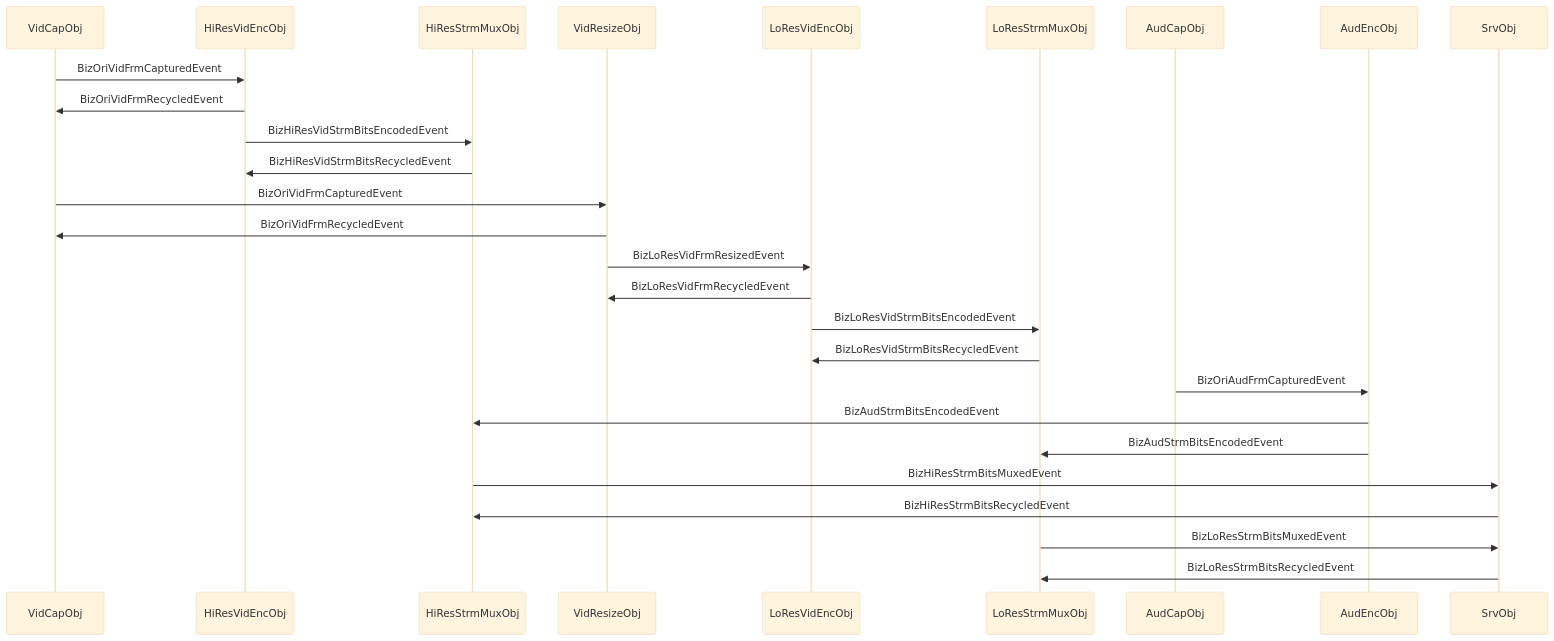
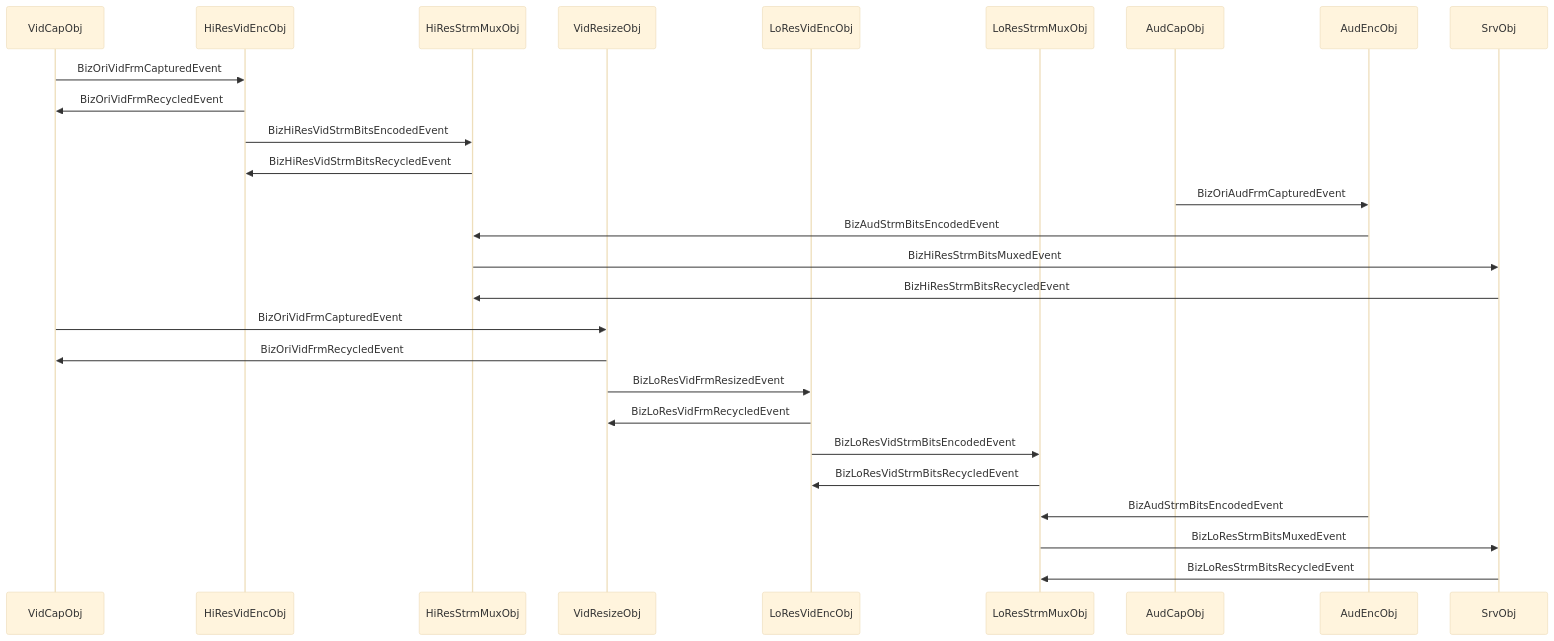
The third of 8 diagrams in Test/UT_ConlesEventDemoLiveCam.md (EnigmaWU/MyIOC_inTDD_withGHC), drawn with Mermaid (base theme) before and after one commit. The commit also changed other lines of this file, not shown here.

Commit message:
Refactoring UT_ConlesEventDemoLiveCam.md

````diff
--- a/Test/UT_ConlesEventDemoLiveCam.md
+++ b/Test/UT_ConlesEventDemoLiveCam.md
@@ -31,33 +33,37 @@
 ```mermaid
 sequenceDiagram
     participant VidCapObj
     participant HiResVidEncObj
     participant HiResStrmMuxObj
     participant VidResizeObj
     participant LoResVidEncObj
     participant LoResStrmMuxObj
     participant AudCapObj
     participant AudEncObj
     participant SrvObj
     VidCapObj->>HiResVidEncObj: BizOriVidFrmCapturedEvent
     HiResVidEncObj->>VidCapObj: BizOriVidFrmRecycledEvent
     HiResVidEncObj->>HiResStrmMuxObj: BizHiResVidStrmBitsEncodedEvent
     HiResStrmMuxObj->>HiResVidEncObj: BizHiResVidStrmBitsRecycledEvent
+
+    AudCapObj->>AudEncObj: BizOriAudFrmCapturedEvent
+    AudEncObj->>HiResStrmMuxObj: BizAudStrmBitsEncodedEvent
+
+    HiResStrmMuxObj->>SrvObj: BizHiResStrmBitsMuxedEvent
+    SrvObj->>HiResStrmMuxObj: BizHiResStrmBitsRecycledEvent
     
     VidCapObj->>VidResizeObj: BizOriVidFrmCapturedEvent
     VidResizeObj->>VidCapObj: BizOriVidFrmRecycledEvent
     VidResizeObj->>LoResVidEncObj: BizLoResVidFrmResizedEvent
     LoResVidEncObj->>VidResizeObj: BizLoResVidFrmRecycledEvent
     LoResVidEncObj->>LoResStrmMuxObj: BizLoResVidStrmBitsEncodedEvent
     LoResStrmMuxObj->>LoResVidEncObj: BizLoResVidStrmBitsRecycledEvent
     
-    AudCapObj->>AudEncObj: BizOriAudFrmCapturedEvent
-    AudEncObj->>HiResStrmMuxObj: BizAudStrmBitsEncodedEvent
+
     AudEncObj->>LoResStrmMuxObj: BizAudStrmBitsEncodedEvent
 
-    HiResStrmMuxObj->>SrvObj: BizHiResStrmBitsMuxedEvent
-    SrvObj->>HiResStrmMuxObj: BizHiResStrmBitsRecycledEvent
+
 
     LoResStrmMuxObj->>SrvObj: BizLoResStrmBitsMuxedEvent
     SrvObj->>LoResStrmMuxObj: BizLoResStrmBitsRecycledEvent
 ```
````
